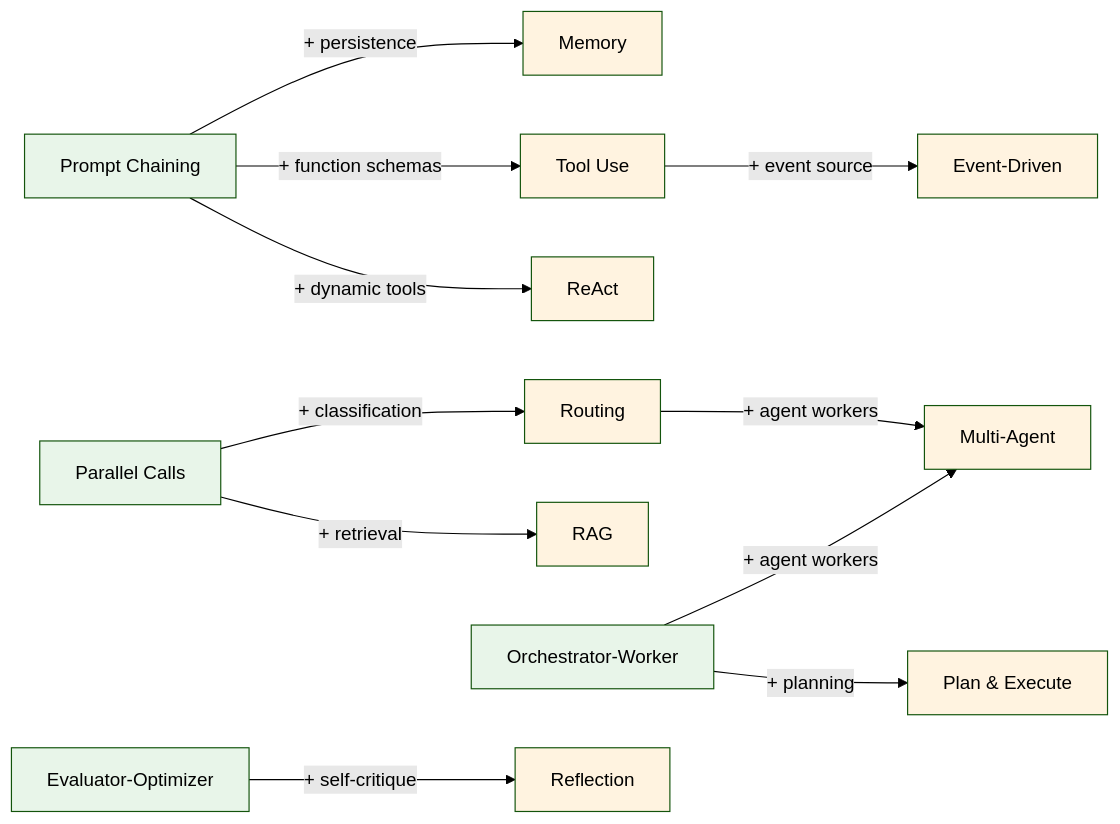
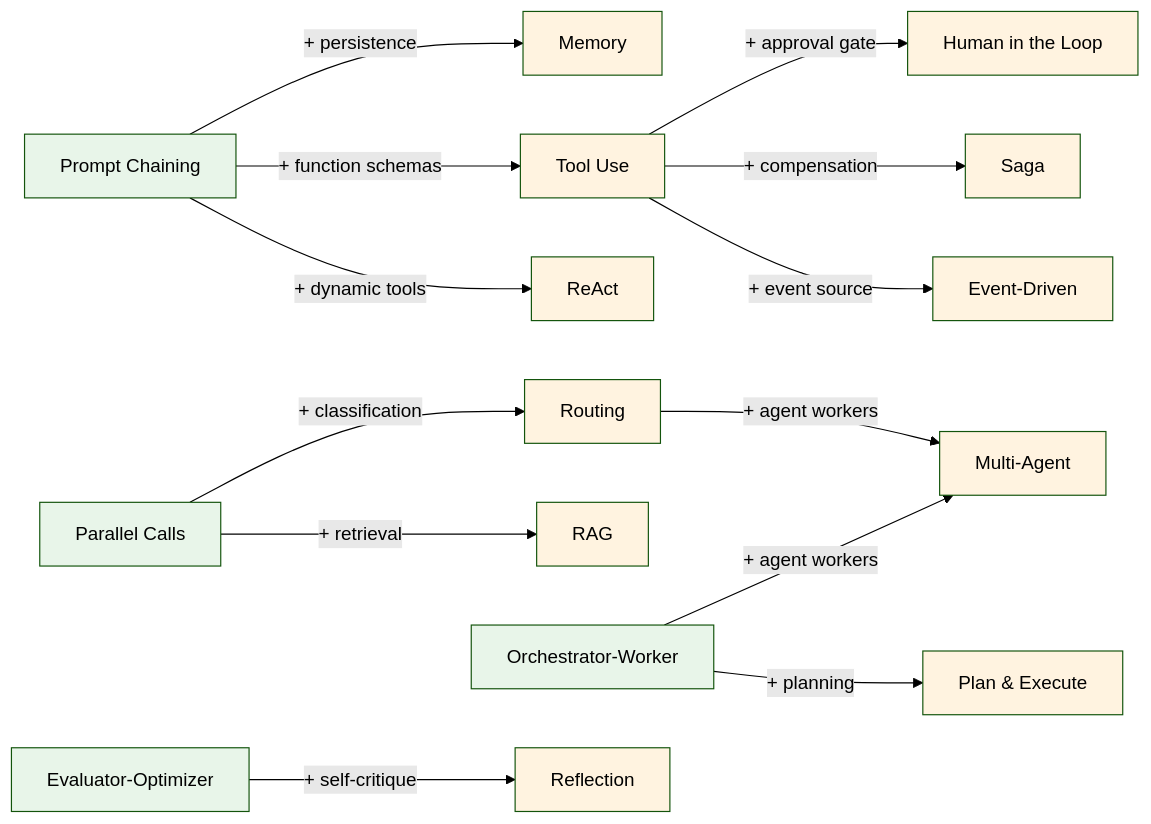
The second of 2 diagrams in README.md (jagguvarma15/agent-blueprints), drawn with Mermaid (forest theme) before and after one commit. The commit also changed other lines of this file, not shown here.

````diff
--- a/README.md
+++ b/README.md
@@ -96,27 +98,31 @@
 ```mermaid
 graph LR
     PC[Prompt Chaining] -->|"+ dynamic tools"| ReAct[ReAct]
     PC -->|"+ function schemas"| TU[Tool Use]
     PC -->|"+ persistence"| Mem[Memory]
     PAR[Parallel Calls] -->|"+ retrieval"| RAG[RAG]
     PAR -->|"+ classification"| Route[Routing]
     OW[Orchestrator-Worker] -->|"+ planning"| PE[Plan & Execute]
     OW -->|"+ agent workers"| MA[Multi-Agent]
     Route -->|"+ agent workers"| MA
     EO[Evaluator-Optimizer] -->|"+ self-critique"| Ref[Reflection]
     TU -->|"+ event source"| ED[Event-Driven]
+    TU -->|"+ compensation"| Saga[Saga]
+    TU -->|"+ approval gate"| HITL[Human in the Loop]
 
     style PC fill:#e8f5e9
     style PAR fill:#e8f5e9
     style OW fill:#e8f5e9
     style EO fill:#e8f5e9
     style ReAct fill:#fff3e0
     style TU fill:#fff3e0
     style Mem fill:#fff3e0
     style RAG fill:#fff3e0
     style Route fill:#fff3e0
     style PE fill:#fff3e0
     style MA fill:#fff3e0
     style Ref fill:#fff3e0
     style ED fill:#fff3e0
+    style Saga fill:#fff3e0
+    style HITL fill:#fff3e0
 ```
````
